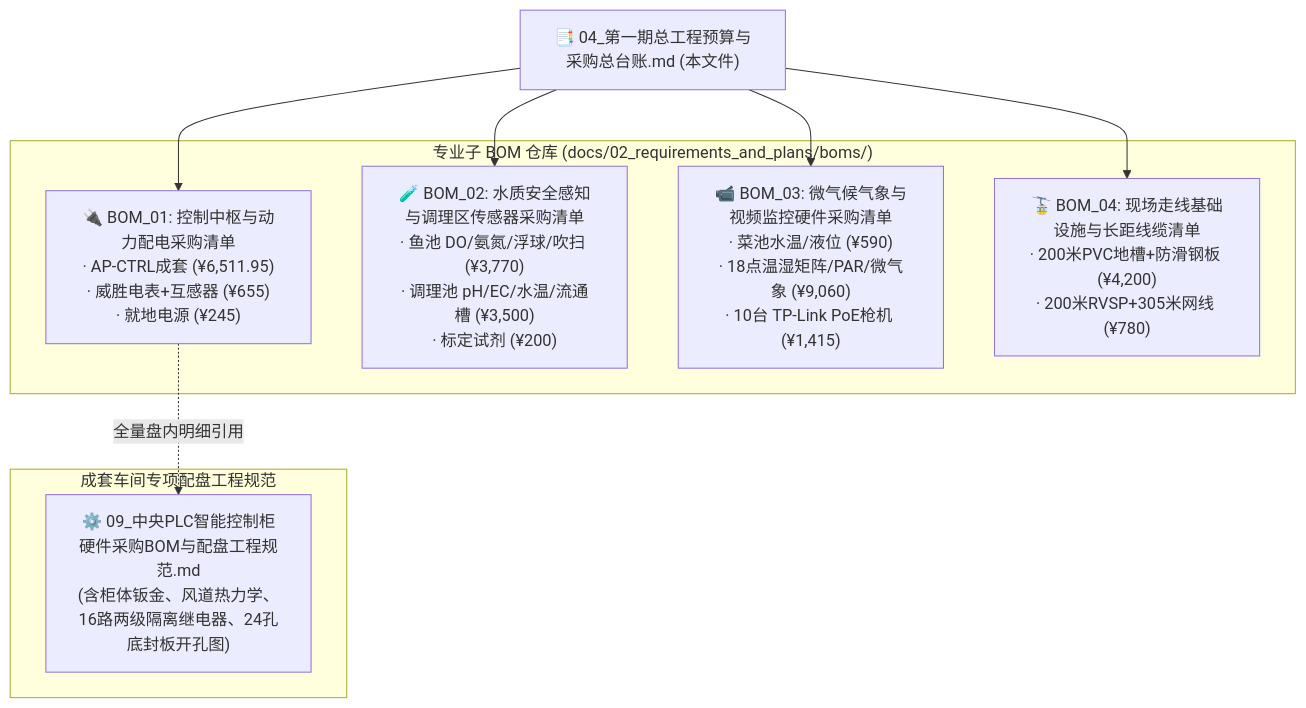
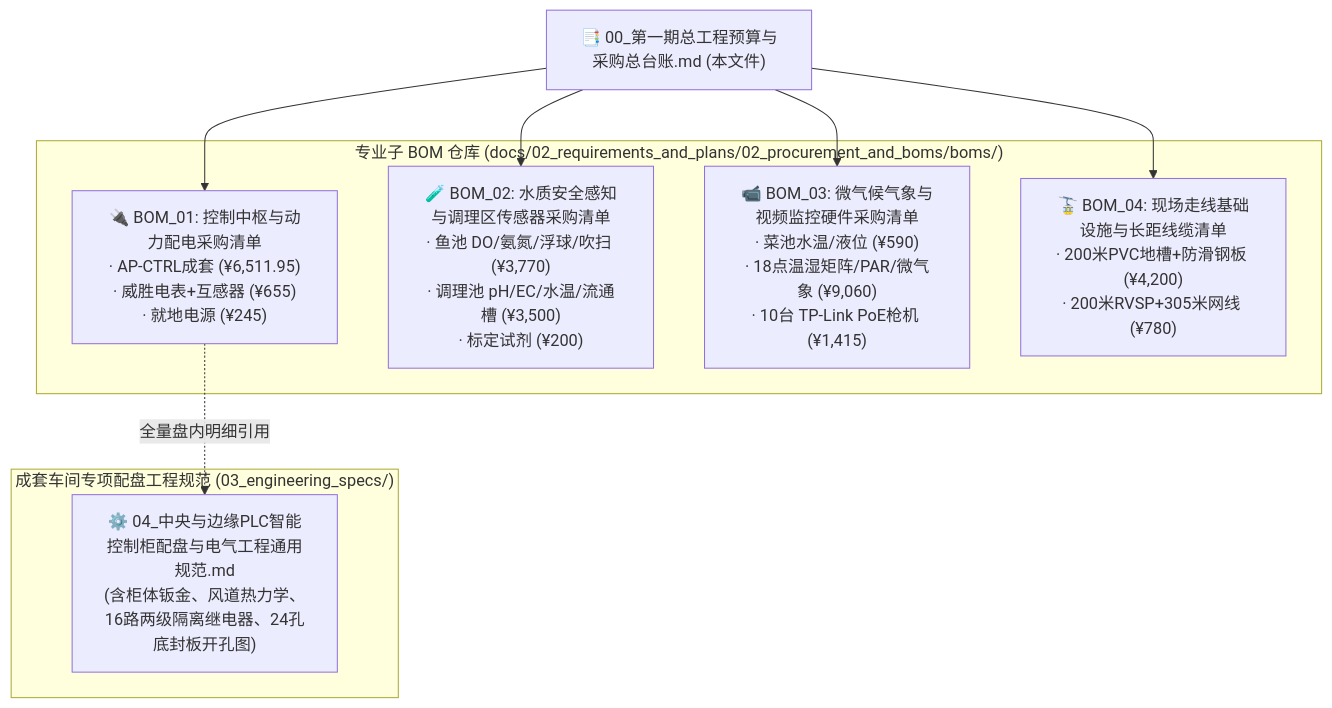
One commit to digitalboy/aquaponics changed the diagram in docs/02_requirements_and_plans/02_procurement_and_boms/00_第一期总工程预算与采购总台账.md. Above: the diagram before and after it, drawn with Mermaid. The commit also changed other lines of this file and 25 other files, not shown here.

Commit message:
docs: add project requirements, plans, and subsystem documentation structure

````diff
--- a/docs/02_requirements_and_plans/02_procurement_and_boms/00_第一期总工程预算与采购总台账.md
+++ b/docs/02_requirements_and_plans/02_procurement_and_boms/00_第一期总工程预算与采购总台账.md
@@ -49,21 +49,21 @@
 ```mermaid
 graph TD
-    Master["📑 04_第一期总工程预算与采购总台账.md (本文件)"]
+    Master["📑 00_第一期总工程预算与采购总台账.md (本文件)"]
     
-    subgraph SubBOMs ["专业子 BOM 仓库 (docs/02_requirements_and_plans/boms/)"]
+    subgraph SubBOMs ["专业子 BOM 仓库 (docs/02_requirements_and_plans/02_procurement_and_boms/boms/)"]
         BOM1["🔌 BOM_01: 控制中枢与动力配电采购清单<br>· AP-CTRL成套 (¥6,511.95)<br>· 威胜电表+互感器 (¥655)<br>· 就地电源 (¥245)"]
         BOM2["🧪 BOM_02: 水质安全感知与调理区传感器采购清单<br>· 鱼池 DO/氨氮/浮球/吹扫 (¥3,770)<br>· 调理池 pH/EC/水温/流通槽 (¥3,500)<br>· 标定试剂 (¥200)"]
         BOM3["📹 BOM_03: 微气候气象与视频监控硬件采购清单<br>· 菜池水温/液位 (¥590)<br>· 18点温湿矩阵/PAR/微气象 (¥9,060)<br>· 10台 TP-Link PoE枪机 (¥1,415)"]
         BOM4["🚡 BOM_04: 现场走线基础设施与长距线缆清单<br>· 200米PVC地槽+防滑钢板 (¥4,200)<br>· 200米RVSP+305米网线 (¥780)"]
     end
     
-    subgraph CabinetSpec ["成套车间专项配盘工程规范"]
-        Doc09["⚙️ 09_中央PLC智能控制柜硬件采购BOM与配盘工程规范.md<br>(含柜体钣金、风道热力学、16路两级隔离继电器、24孔底封板开孔图)"]
+    subgraph CabinetSpec ["成套车间专项配盘工程规范 (03_engineering_specs/)"]
+        Doc04["⚙️ 04_中央与边缘PLC智能控制柜配盘与电气工程通用规范.md<br>(含柜体钣金、风道热力学、16路两级隔离继电器、24孔底封板开孔图)"]
     end
     
     Master --> BOM1
     Master --> BOM2
     Master --> BOM3
     Master --> BOM4
-    BOM1 -.->|全量盘内明细引用| Doc09
+    BOM1 -.->|全量盘内明细引用| Doc04
 ```
````
